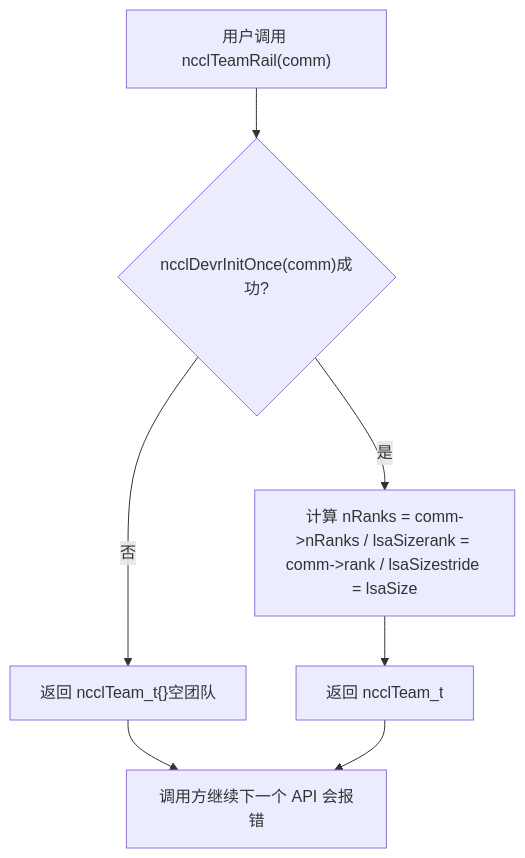
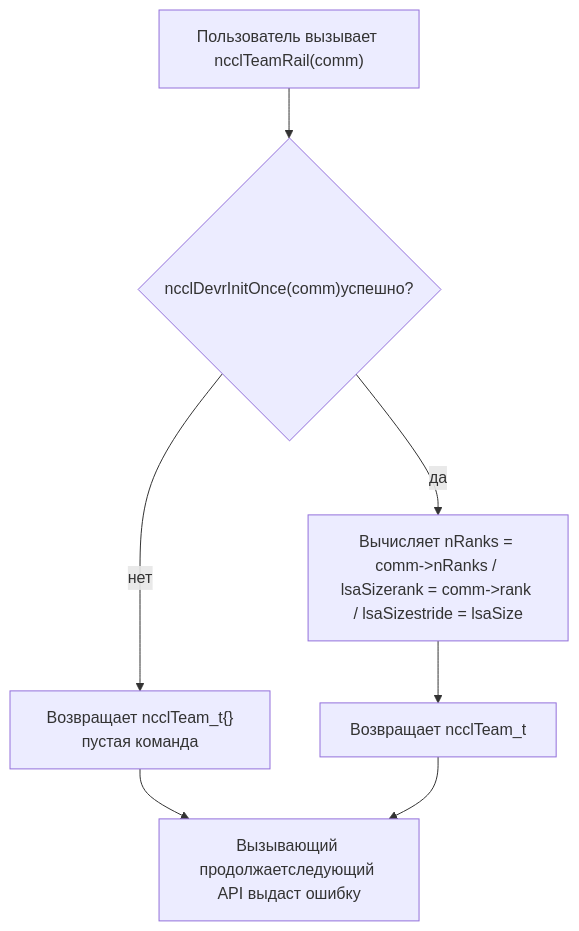
Before and after one commit to maleRjc/AiReadCodeBooks: the first of 5 diagrams in books/nccl/ru/20-device-api-and-kernel-fusion.md, drawn with Mermaid. The commit also changed other lines of this file and 74 other files, not shown here.

````diff
--- a/books/nccl/ru/20-device-api-and-kernel-fusion.md
+++ b/books/nccl/ru/20-device-api-and-kernel-fusion.md
@@ -41,9 +43,9 @@
 ```mermaid
 flowchart TD
-    start["用户调用 ncclTeamRail(comm)"] --> init{"ncclDevrInitOnce(comm)成功?"}
-    init -->|"否"| empty["返回 ncclTeam_t{}空团队"]
-    init -->|"是"| calc["计算 nRanks = comm->nRanks / lsaSizerank = comm->rank / lsaSizestride = lsaSize"]
-    calc --> ret["返回 ncclTeam_t"]
-    empty --> caller["调用方继续下一个 API 会报错"]
+    start["Пользователь вызывает ncclTeamRail(comm)"] --> init{"ncclDevrInitOnce(comm)успешно?"}
+    init -->|"нет"| empty["Возвращает ncclTeam_t{}пустая команда"]
+    init -->|"да"| calc["Вычисляет nRanks = comm->nRanks / lsaSizerank = comm->rank / lsaSizestride = lsaSize"]
+    calc --> ret["Возвращает ncclTeam_t"]
+    empty --> caller["Вызывающий продолжаетследующий API выдаст ошибку"]
     ret --> caller
 ```
````
